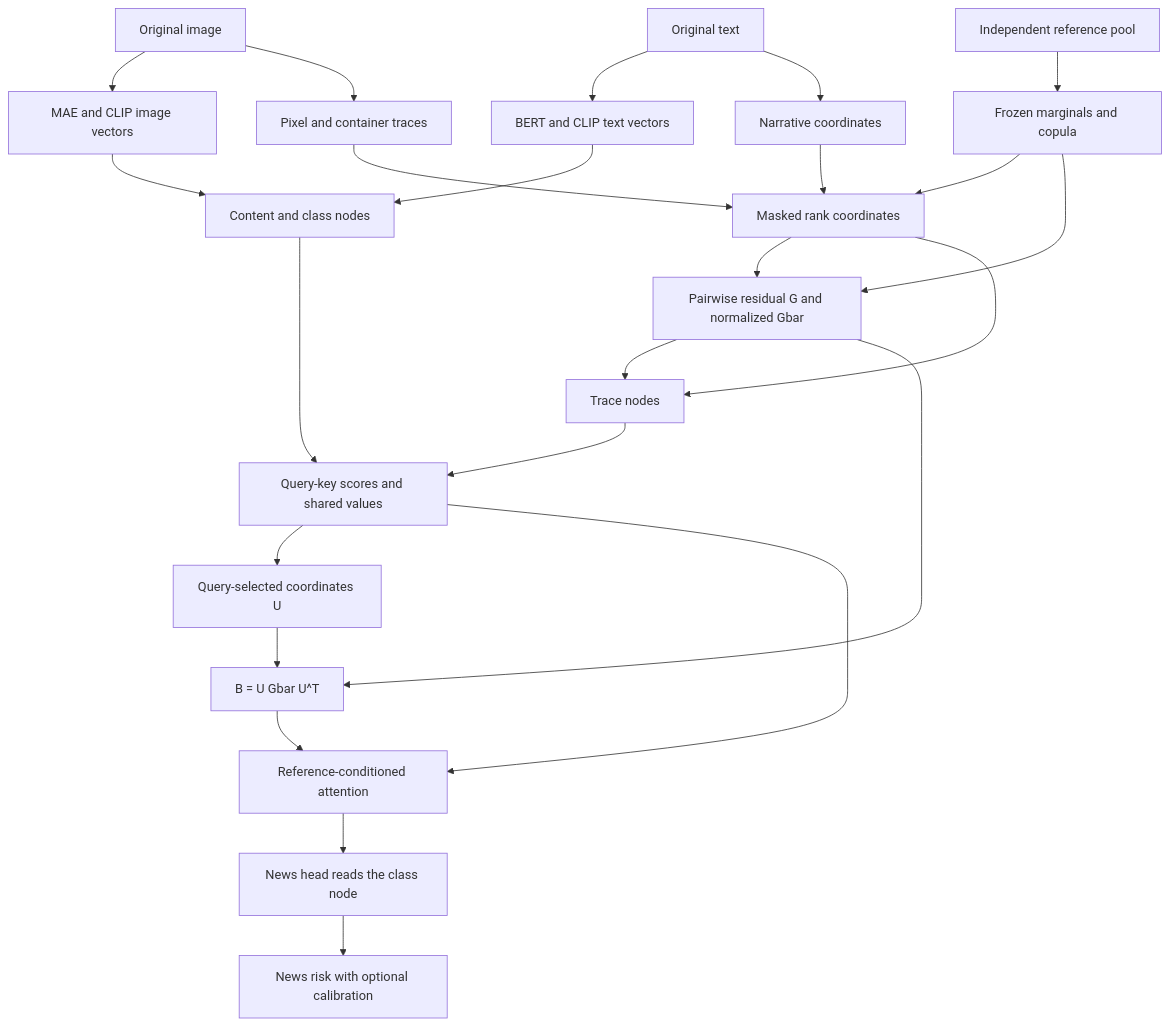
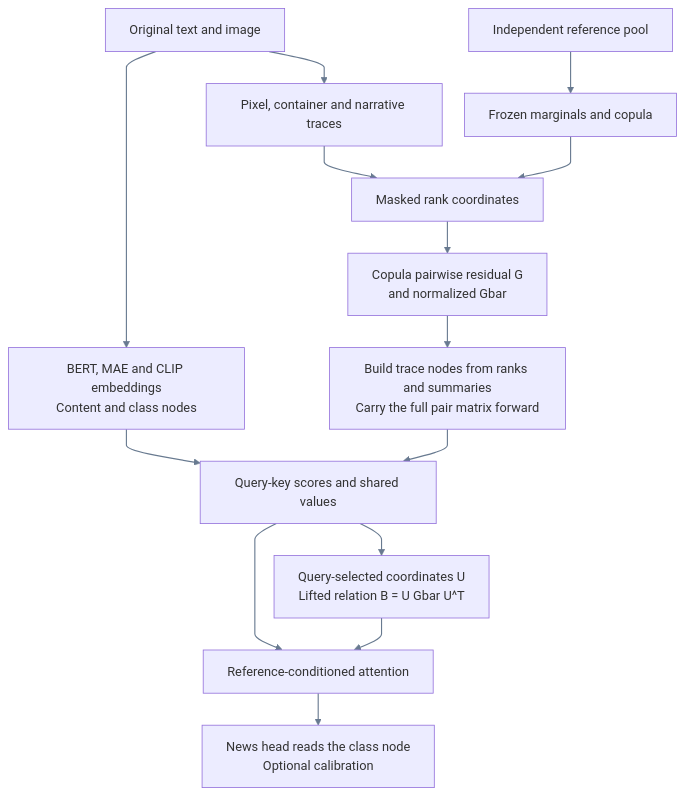
The diagram in README.md (wlz05/FlawPrint), drawn with Mermaid before and after one commit.

Commit message:
FlawPrint

````diff
--- a/README.md
+++ b/README.md
@@ -9,26 +9,36 @@
 ```mermaid
-flowchart TD
-    T["Original text"] --> TV["BERT and CLIP text vectors"]
-    I["Original image"] --> IV["MAE and CLIP image vectors"]
-    TV --> Q["Content and class nodes"]
-    IV --> Q
-    I --> P["Pixel and container traces"]
-    T --> N["Narrative coordinates"]
+---
+config:
+  themeCSS: |
+    marker[id*="-pointEnd"] path {
+      fill: none !important;
+      stroke: #687a90 !important;
+      stroke-width: 1.4px !important;
+      stroke-linecap: round;
+      stroke-linejoin: round;
+      d: path("M 1 1 L 9 5 L 1 9");
+    }
+  flowchart:
+    curve: monotoneY
+    diagramPadding: 18
+    nodeSpacing: 28
+    rankSpacing: 40
+    wrappingWidth: 235
+---
+flowchart TB
+    X["Original text and image"]
+    X --> D["BERT, MAE and CLIP embeddings<br/>Content and class nodes"]
+    X --> T["Pixel, container and narrative traces"]
     R["Independent reference pool"] --> C["Frozen marginals and copula"]
-    P --> Z["Masked rank coordinates"]
-    N --> Z
+    T --> Z["Masked rank coordinates"]
     C --> Z
-    C --> G["Pairwise residual G and normalized Gbar"]
-    Z --> G
-    Z --> V["Trace nodes"]
-    G --> V
-    Q --> L["Query-key scores and shared values"]
+    Z --> G["Copula pairwise residual G<br/>and normalized Gbar"]
+    G --> V["Build trace nodes from ranks and summaries<br/>Carry the full pair matrix forward"]
+    D --> L["Query-key scores and shared values"]
     V --> L
-    L --> U["Query-selected coordinates U"]
-    G --> B["B = U Gbar U^T"]
-    U --> B
-    B --> A["Reference-conditioned attention"]
-    L --> A
-    A --> Y["News head reads the class node"]
-    Y --> K["News risk with optional calibration"]
+    L --> B["Query-selected coordinates U<br/>Lifted relation B = U Gbar U^T"]
+    L --> A["Reference-conditioned attention"]
+    B --> A
+    A --> Y["News head reads the class node<br/>Optional calibration"]
+    linkStyle default stroke:#687a90,stroke-width:1.4px
 ```
````
